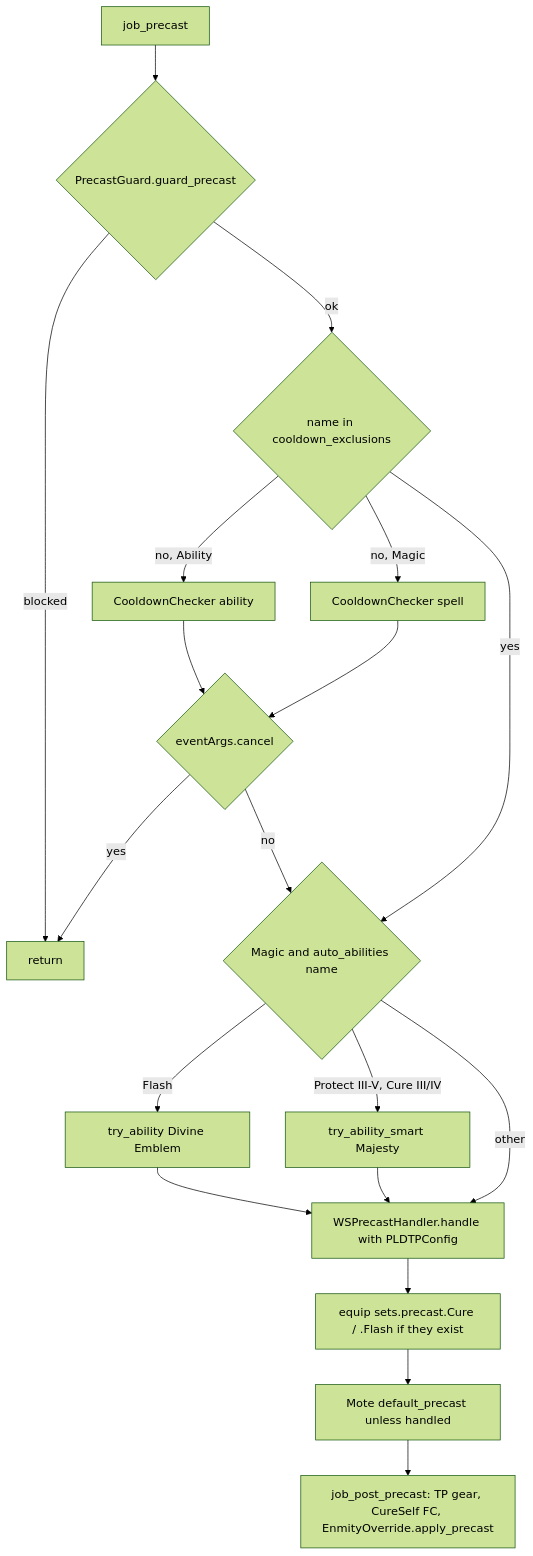
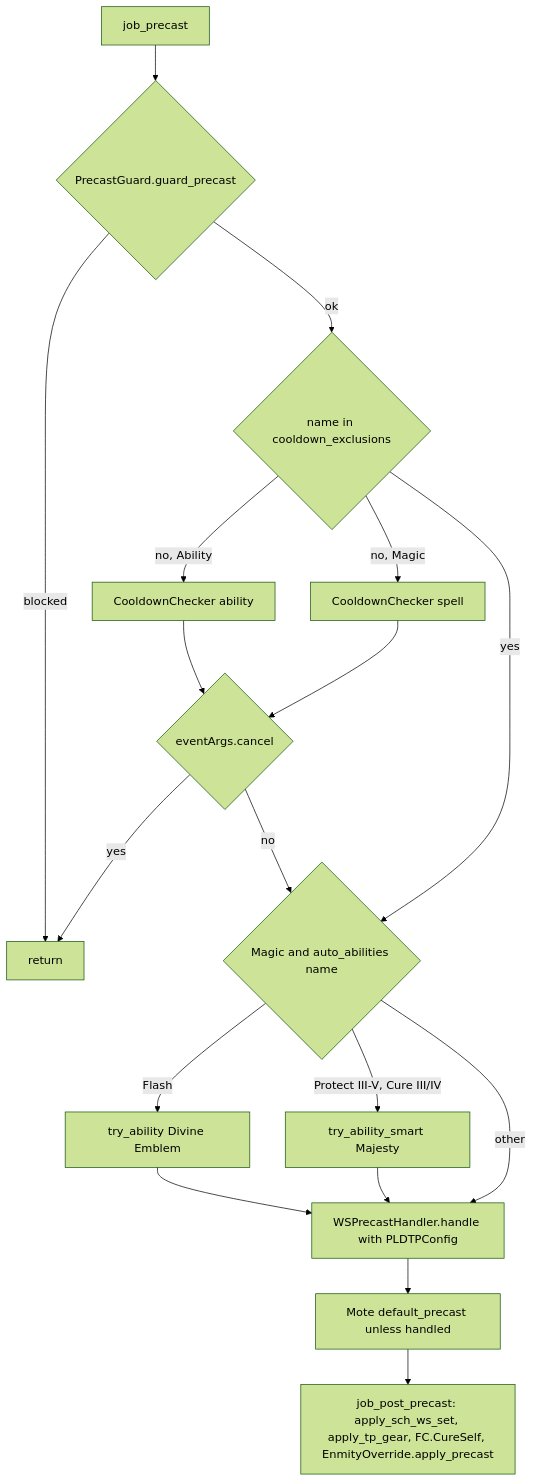
The second of 5 diagrams in docs/dev/jobs/pld.md (ejouanchicot/Gearswap), drawn with Mermaid (forest theme) before and after one commit. The commit also changed other lines of this file and 31 other files, not shown here.

````diff
--- a/docs/dev/jobs/pld.md
+++ b/docs/dev/jobs/pld.md
@@ -154,21 +155,20 @@
 ```mermaid
 flowchart TD
     A[job_precast] --> B{PrecastGuard.guard_precast}
     B -- blocked --> Z[return]
     B -- ok --> C{name in cooldown_exclusions}
     C -- no, Ability --> D[CooldownChecker ability]
     C -- no, Magic --> E[CooldownChecker spell]
     C -- yes --> F
     D --> G{eventArgs.cancel}
     E --> G
     G -- yes --> Z
     G -- no --> F{Magic and auto_abilities name}
     F -- Flash --> H[try_ability Divine Emblem]
     F -- Protect III-V, Cure III/IV --> I[try_ability_smart Majesty]
     F -- other --> J
     H --> J[WSPrecastHandler.handle with PLDTPConfig]
     I --> J
-    J --> K[equip sets.precast.Cure / .Flash if they exist]
-    K --> L[Mote default_precast unless handled]
-    L --> M[job_post_precast: TP gear, CureSelf FC, EnmityOverride.apply_precast]
+    J --> L[Mote default_precast unless handled]
+    L --> M[job_post_precast: apply_sch_ws_set, apply_tp_gear, FC.CureSelf, EnmityOverride.apply_precast]
 ```
````
